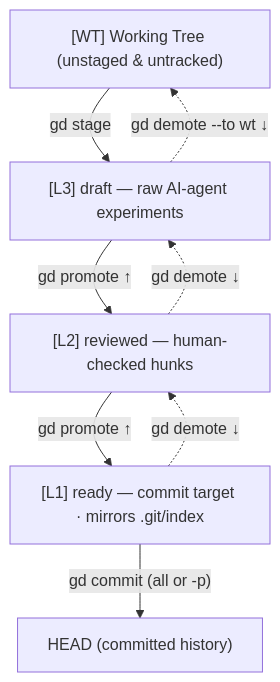
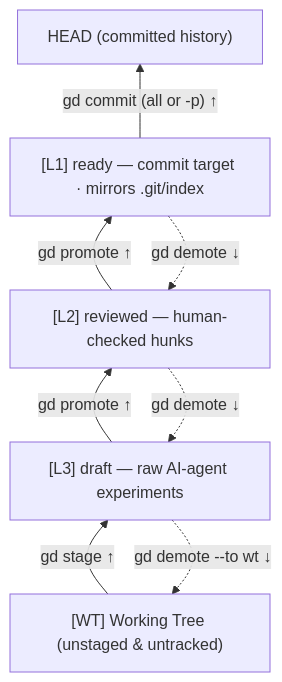
The diagram in README.md (Girgis98/git-drafts), drawn with Mermaid before and after one commit. The commit also changed other lines of this file and 13 other files, not shown here.

````diff
--- a/README.md
+++ b/README.md
@@ -47,16 +47,16 @@
 ```mermaid
-flowchart TB
-    WT["[WT] Working Tree (unstaged & untracked)"]
+flowchart BT
+    WT["[WT] Working Tree (unstaged &amp; untracked)"]
     L3["[L3] draft — raw AI-agent experiments"]
     L2["[L2] reviewed — human-checked hunks"]
     L1["[L1] ready — commit target · mirrors .git/index"]
     HEAD["HEAD (committed history)"]
 
-    WT -- "gd stage" --> L3
+    WT -- "gd stage ↑" --> L3
     L3 -- "gd promote ↑" --> L2
     L2 -- "gd promote ↑" --> L1
-    L1 -- "gd commit (all or -p)" --> HEAD
+    L1 -- "gd commit (all or -p) ↑" --> HEAD
     L1 -. "gd demote ↓" .-> L2
     L2 -. "gd demote ↓" .-> L3
     L3 -. "gd demote --to wt ↓" .-> WT
 ```
````
